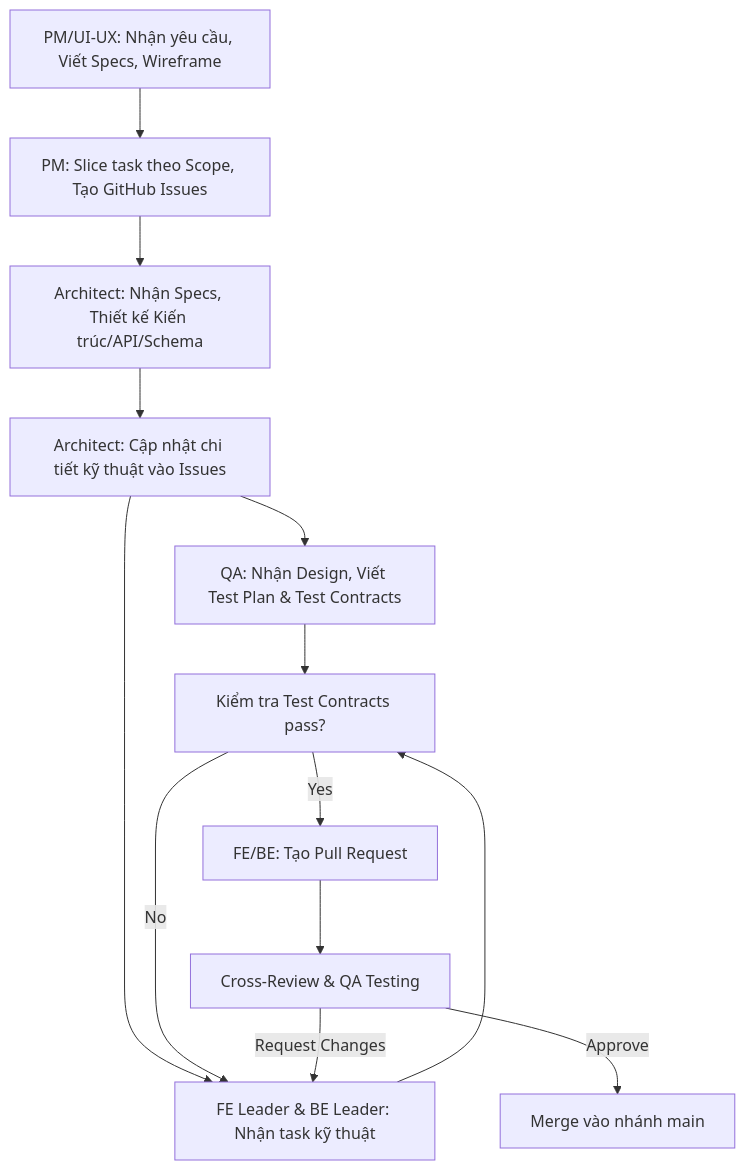
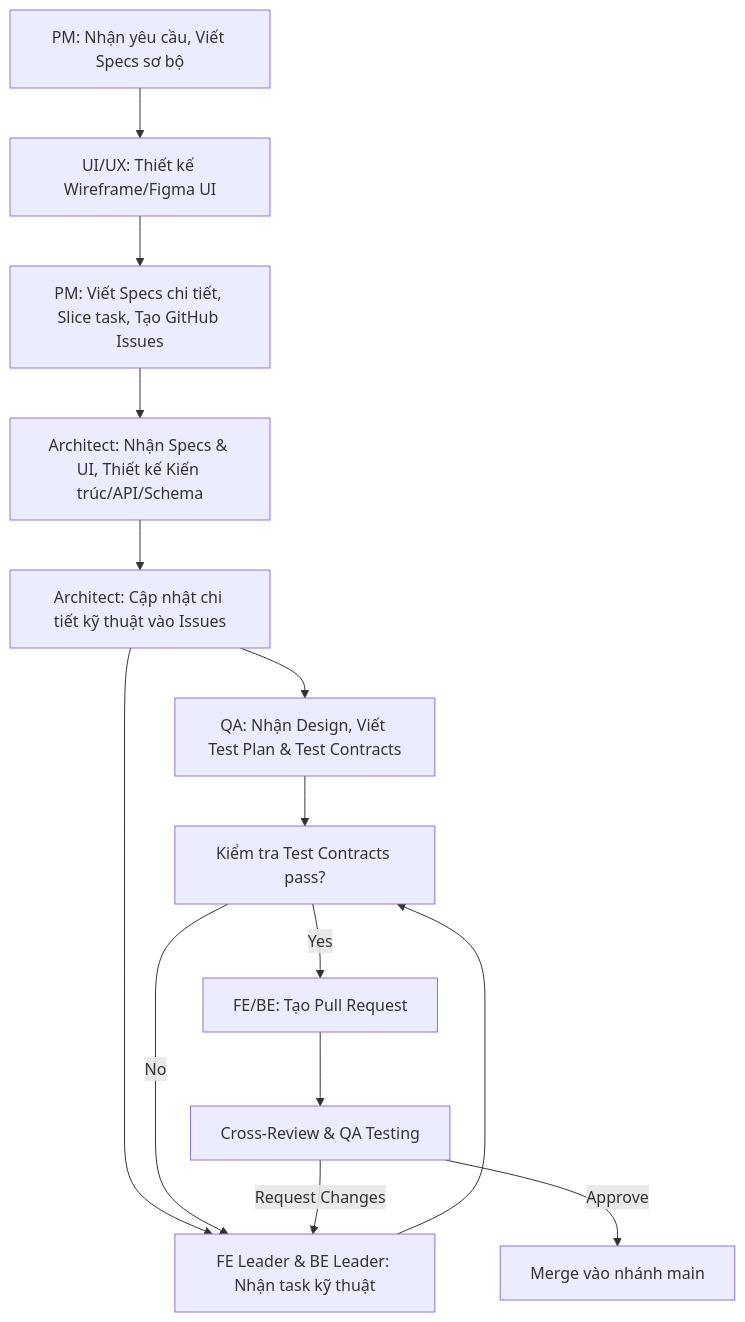
One commit to Lade1q/planning-ai changed the diagram in docs/management/team-workflow.md. Above: the diagram before and after it, drawn with Mermaid. The commit also changed other lines of this file, not shown here.

````diff
--- a/docs/management/team-workflow.md
+++ b/docs/management/team-workflow.md
@@ -14,19 +14,20 @@
 ```mermaid
 graph TD
-    A[PM/UI-UX: Nhận yêu cầu, Viết Specs, Wireframe] --> B[PM: Slice task theo Scope, Tạo GitHub Issues]
-    B --> C[Architect: Nhận Specs, Thiết kế Kiến trúc/API/Schema]
+    A[PM: Nhận yêu cầu, Viết Specs sơ bộ] --> A2[UI/UX: Thiết kế Wireframe/Figma UI]
+    A2 --> B[PM: Viết Specs chi tiết, Slice task, Tạo GitHub Issues]
+    B --> C[Architect: Nhận Specs & UI, Thiết kế Kiến trúc/API/Schema]
     C --> D[Architect: Cập nhật chi tiết kỹ thuật vào Issues]
     
     D --> E[QA: Nhận Design, Viết Test Plan & Test Contracts]
     D --> F[FE Leader & BE Leader: Nhận task kỹ thuật]
     
     E --> G[Kiểm tra Test Contracts pass?]
     F --> G
     
     G -->|No| F
     G -->|Yes| H[FE/BE: Tạo Pull Request]
     
     H --> I[Cross-Review & QA Testing]
     I -->|Request Changes| F
     I -->|Approve| J[Merge vào nhánh main]
 ```
````
